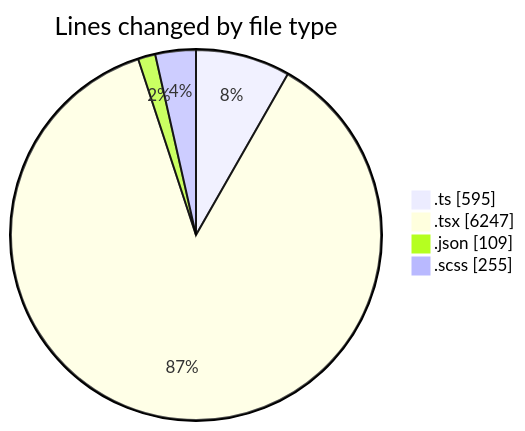
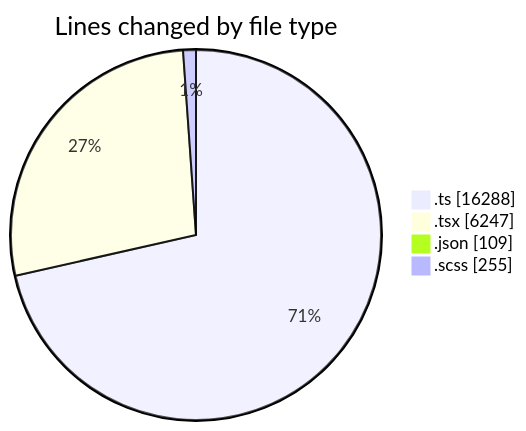
Before and after one commit to momahboobian/code-tracking: the first of 2 diagrams in 2025-07-04/cda/README.md, drawn with Mermaid. The commit also changed other lines of this file and 1 other file, not shown here.

````diff
--- a/2025-07-04/cda/README.md
+++ b/2025-07-04/cda/README.md
@@ -41,8 +42,8 @@
 ```mermaid
 pie showData
 title Lines changed by file type
-".ts" : 595
+".ts" : 16288
 ".tsx" : 6247
 ".json" : 109
 ".scss" : 255
 ```
````
